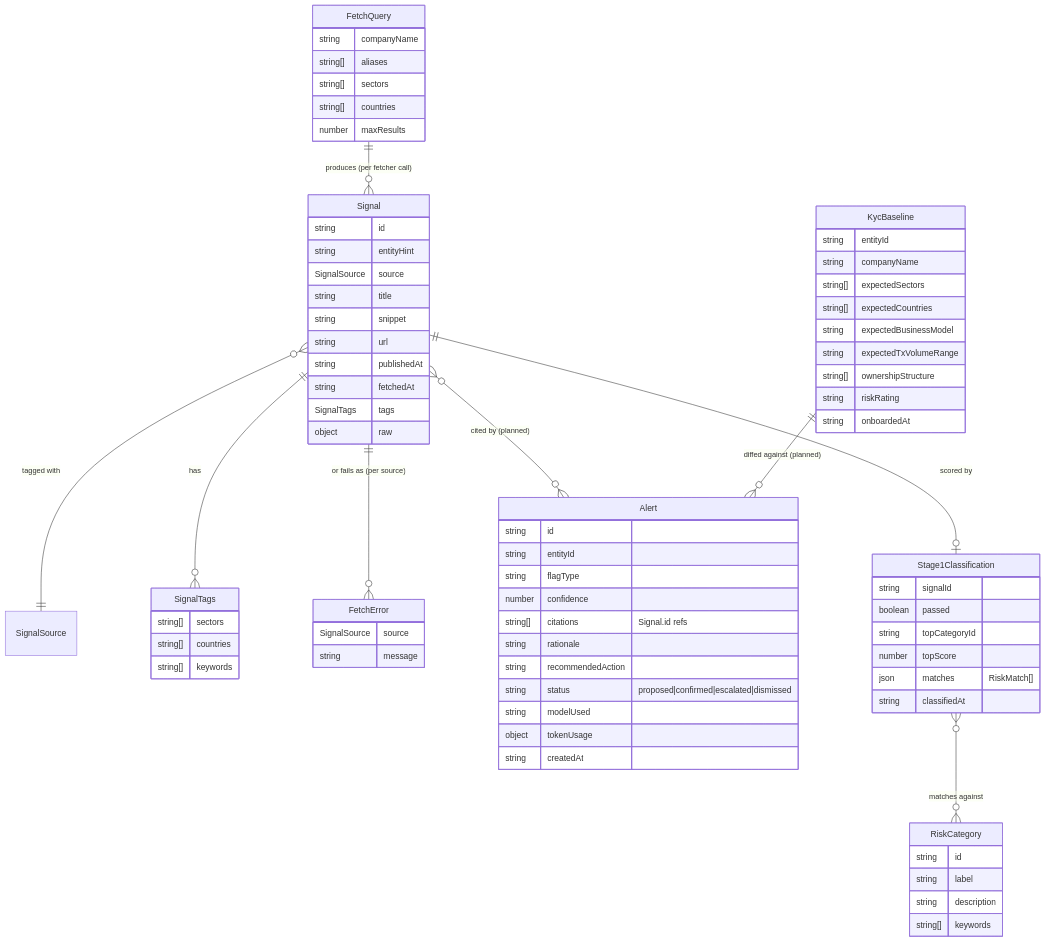
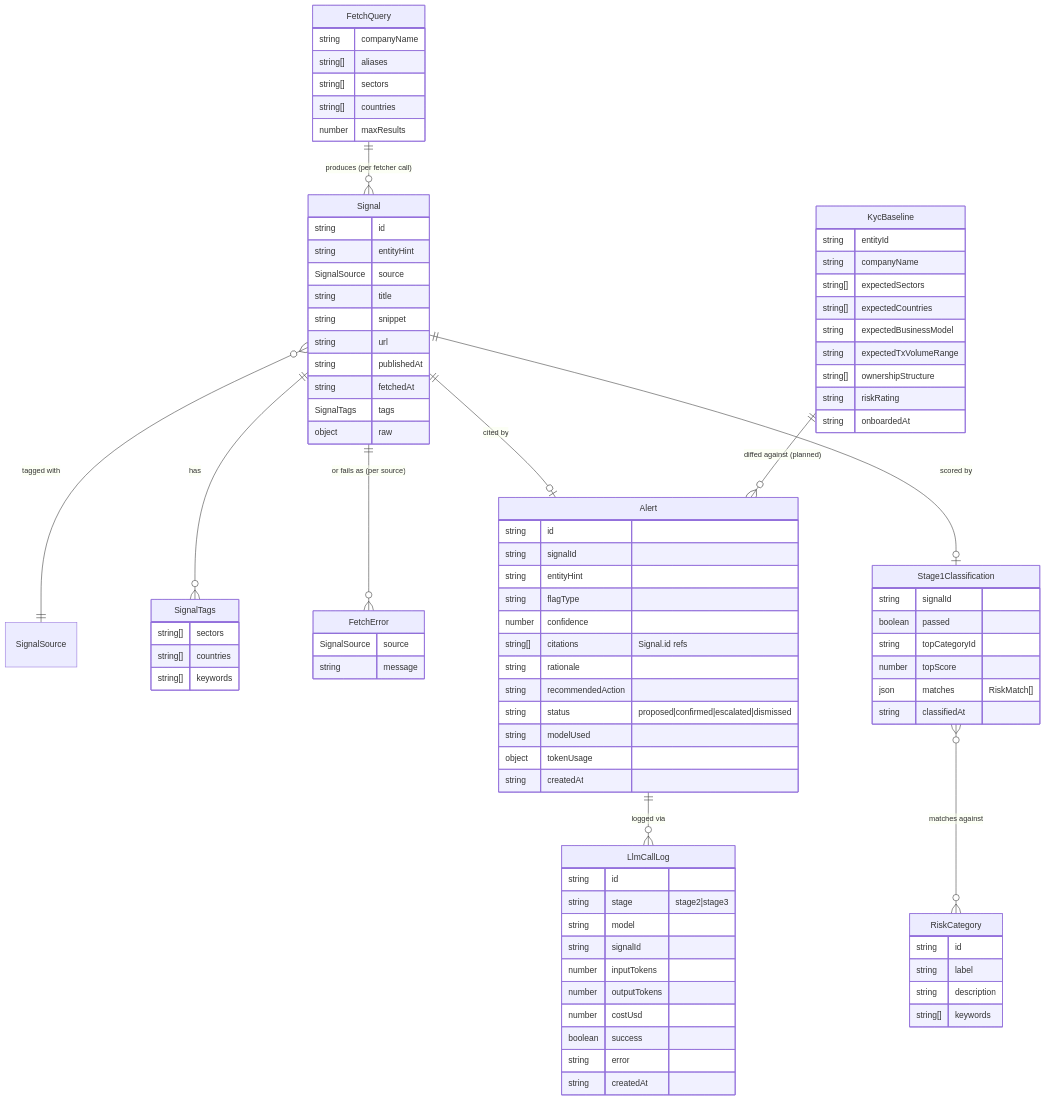
The third of 3 diagrams in src/server/ARCHITECTURE.md (faisalrasbihan/bandarmology), drawn with Mermaid before and after one commit. The commit also changed other lines of this file and 12 other files, not shown here.

````diff
--- a/src/server/ARCHITECTURE.md
+++ b/src/server/ARCHITECTURE.md
@@ -95,9 +111,10 @@
     Signal }o--|| SignalSource : "tagged with"
     Signal ||--o{ SignalTags : "has"
     Signal ||--o{ FetchError : "or fails as (per source)"
-    Signal }o--o{ Alert : "cited by (planned)"
+    Signal ||--o| Alert : "cited by"
     Signal ||--o| Stage1Classification : "scored by"
     Stage1Classification }o--o{ RiskCategory : "matches against"
+    Alert ||--o{ LlmCallLog : "logged via"
     KycBaseline ||--o{ Alert : "diffed against (planned)"
 
     FetchQuery {
@@ -155,7 +172,8 @@
     }
     Alert {
         string id
-        string entityId
+        string signalId
+        string entityHint
         string flagType
         number confidence
         string[] citations "Signal.id refs"
@@ -166,4 +184,16 @@
         object tokenUsage
         string createdAt
     }
+    LlmCallLog {
+        string id
+        string stage "stage2|stage3"
+        string model
+        string signalId
+        number inputTokens
+        number outputTokens
+        number costUsd
+        boolean success
+        string error
+        string createdAt
+    }
 ```
````
